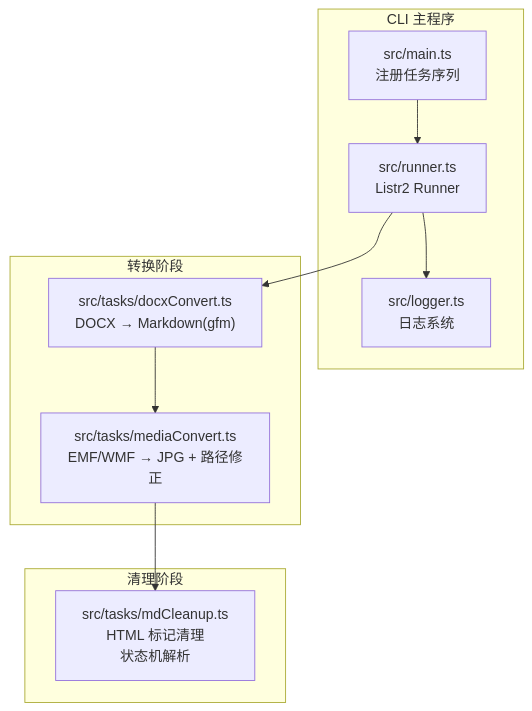
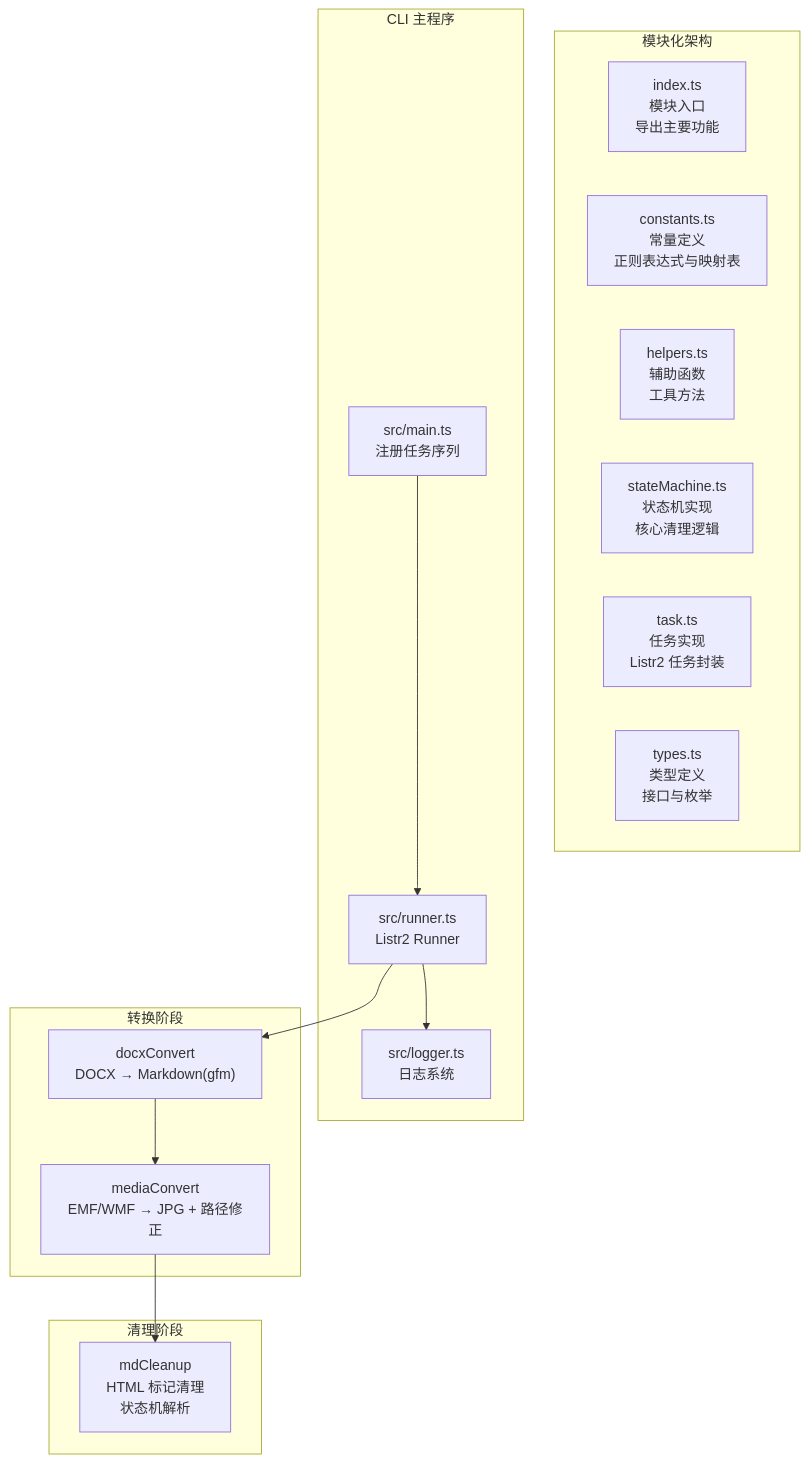
Before and after one commit to hllshiro/doc2md-cli: the first of 4 diagrams in .qoder/repowiki/zh/content/转换模块详解/Markdown 内容清理模块.md, drawn with Mermaid. The commit also changed other lines of this file and 2 other files, not shown here.

Commit message:
docx(mdCleanup): 更新wiki文档

````diff
--- a/.qoder/repowiki/zh/content/转换模块详解/Markdown 内容清理模块.md
+++ b/.qoder/repowiki/zh/content/转换模块详解/Markdown 内容清理模块.md
@@ -49,18 +44,26 @@
 ```mermaid
 graph TB
+subgraph "模块化架构"
+INDEX["index.ts<br/>模块入口<br/>导出主要功能"]
+CONST["constants.ts<br/>常量定义<br/>正则表达式与映射表"]
+HELP["helpers.ts<br/>辅助函数<br/>工具方法"]
+STATE["stateMachine.ts<br/>状态机实现<br/>核心清理逻辑"]
+TASK["task.ts<br/>任务实现<br/>Listr2 任务封装"]
+TYPES["types.ts<br/>类型定义<br/>接口与枚举"]
+end
 subgraph "CLI 主程序"
 MAIN["src/main.ts<br/>注册任务序列"]
 RUNNER["src/runner.ts<br/>Listr2 Runner"]
 LOGGER["src/logger.ts<br/>日志系统"]
 end
 subgraph "转换阶段"
-DOCX["src/tasks/docxConvert.ts<br/>DOCX → Markdown(gfm)"]
-MEDIA["src/tasks/mediaConvert.ts<br/>EMF/WMF → JPG + 路径修正"]
+DOCX["docxConvert<br/>DOCX → Markdown(gfm)"]
+MEDIA["mediaConvert<br/>EMF/WMF → JPG + 路径修正"]
 end
 subgraph "清理阶段"
-CLEAN["src/tasks/mdCleanup.ts<br/>HTML 标记清理<br/>状态机解析"]
+CLEAN["mdCleanup<br/>HTML 标记清理<br/>状态机解析"]
 end
 MAIN --> RUNNER
 RUNNER --> LOGGER
 RUNNER --> DOCX --> MEDIA --> CLEAN
 ```
````
